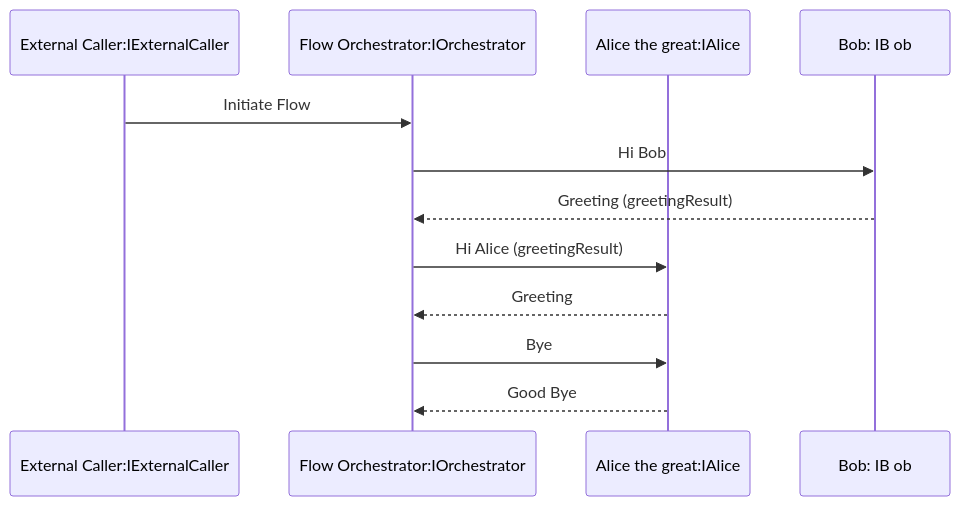
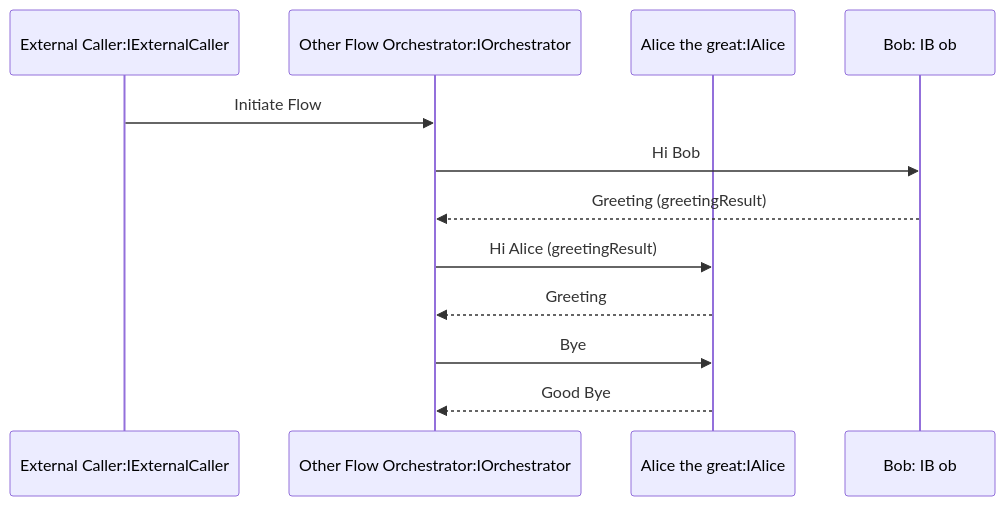
The diagram in src/SequenceSourceGenerator/Puppy.SequenceSourceGenerator/Puppy.SequenceSourceGenerator.Tests/sample-flow-2.md (TheJuanitoLearnsShow/PuppyGeneratorFromDiagrams), drawn with Mermaid before and after one commit. The commit also changed 10 other files, not shown here.

````diff
--- a/src/SequenceSourceGenerator/Puppy.SequenceSourceGenerator/Puppy.SequenceSourceGenerator.Tests/sample-flow-2.md
+++ b/src/SequenceSourceGenerator/Puppy.SequenceSourceGenerator/Puppy.SequenceSourceGenerator.Tests/sample-flow-2.md
@@ -2,14 +2,14 @@
 ```mermaid
 sequenceDiagram
     participant api as External Caller:IExternalCaller
-    participant o as Flow Orchestrator:IOrchestrator
+    participant o as Other Flow Orchestrator:IOrchestrator
     participant a as Alice the great:IAlice
     participant b as Bob: IB ob
     api->>o: Initiate Flow
     o->>b: Hi Bob
     b-->>o: Greeting (greetingResult)
     o->>a: Hi Alice (greetingResult)
     a-->>o: Greeting
     o->>a: Bye
     a-->>o: Good Bye
 ```
````
